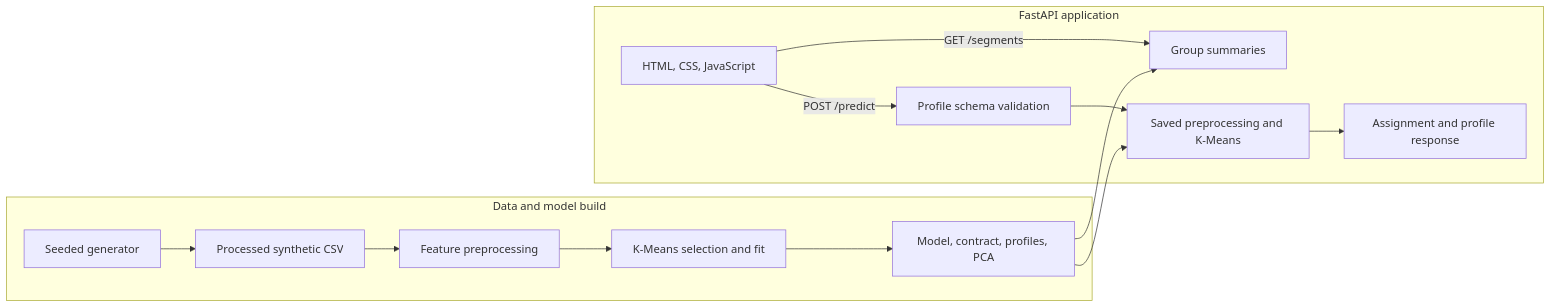
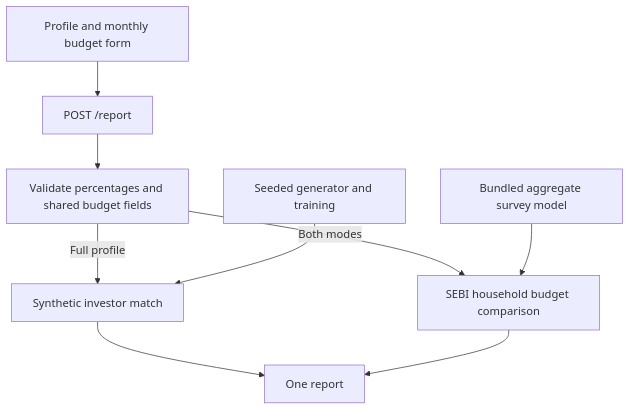
Before and after one commit to BagaaBhai28/SegmentIQ: the diagram in docs/architecture.md, drawn with Mermaid. The commit also changed other lines of this file and 4 other files, not shown here.

````diff
--- a/docs/architecture.md
+++ b/docs/architecture.md
@@ -7,17 +5,11 @@
 ```mermaid
-flowchart LR
-    subgraph Build[Data and model build]
-        A[Seeded generator] --> B[Processed synthetic CSV]
-        B --> C[Feature preprocessing]
-        C --> D[K-Means selection and fit]
-        D --> E[Model, contract, profiles, PCA]
-    end
-    subgraph App[FastAPI application]
-        F[HTML, CSS, JavaScript] -->|GET /segments| G[Group summaries]
-        F -->|POST /predict| H[Profile schema validation]
-        H --> I[Saved preprocessing and K-Means]
-        I --> J[Assignment and profile response]
-    end
-    E --> G
-    E --> I
+flowchart TD
+    Form[Profile and monthly budget form] --> Report[POST /report]
+    Report --> Check[Validate percentages and shared budget fields]
+    Check -->|Full profile| Sim[Synthetic investor match]
+    Check -->|Both modes| Survey[SEBI household budget comparison]
+    Sim --> Result[One report]
+    Survey --> Result
+    Generator[Seeded generator and training] --> Sim
+    Aggregate[Bundled aggregate survey model] --> Survey
 ```
````
